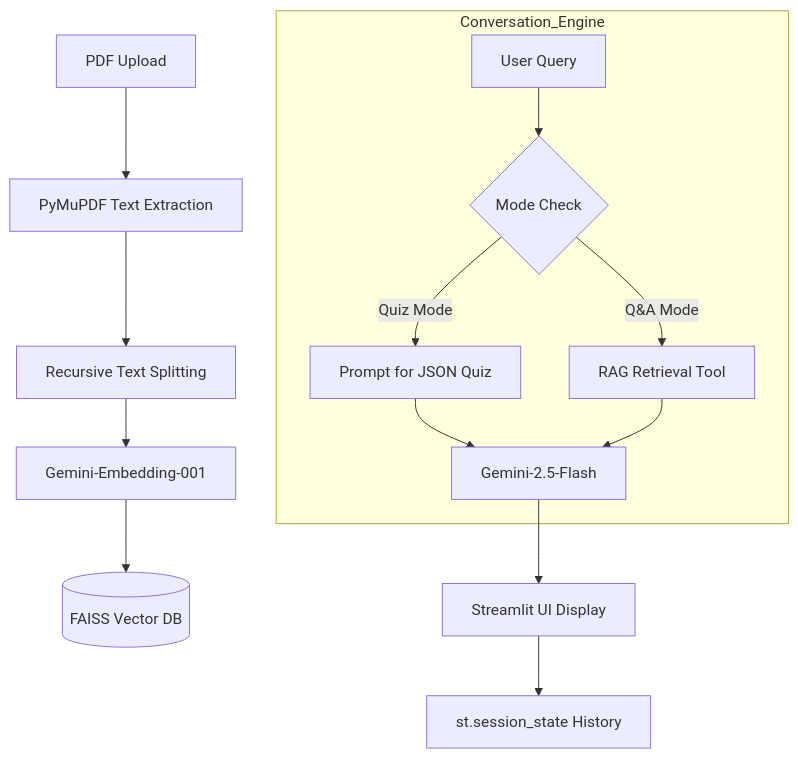
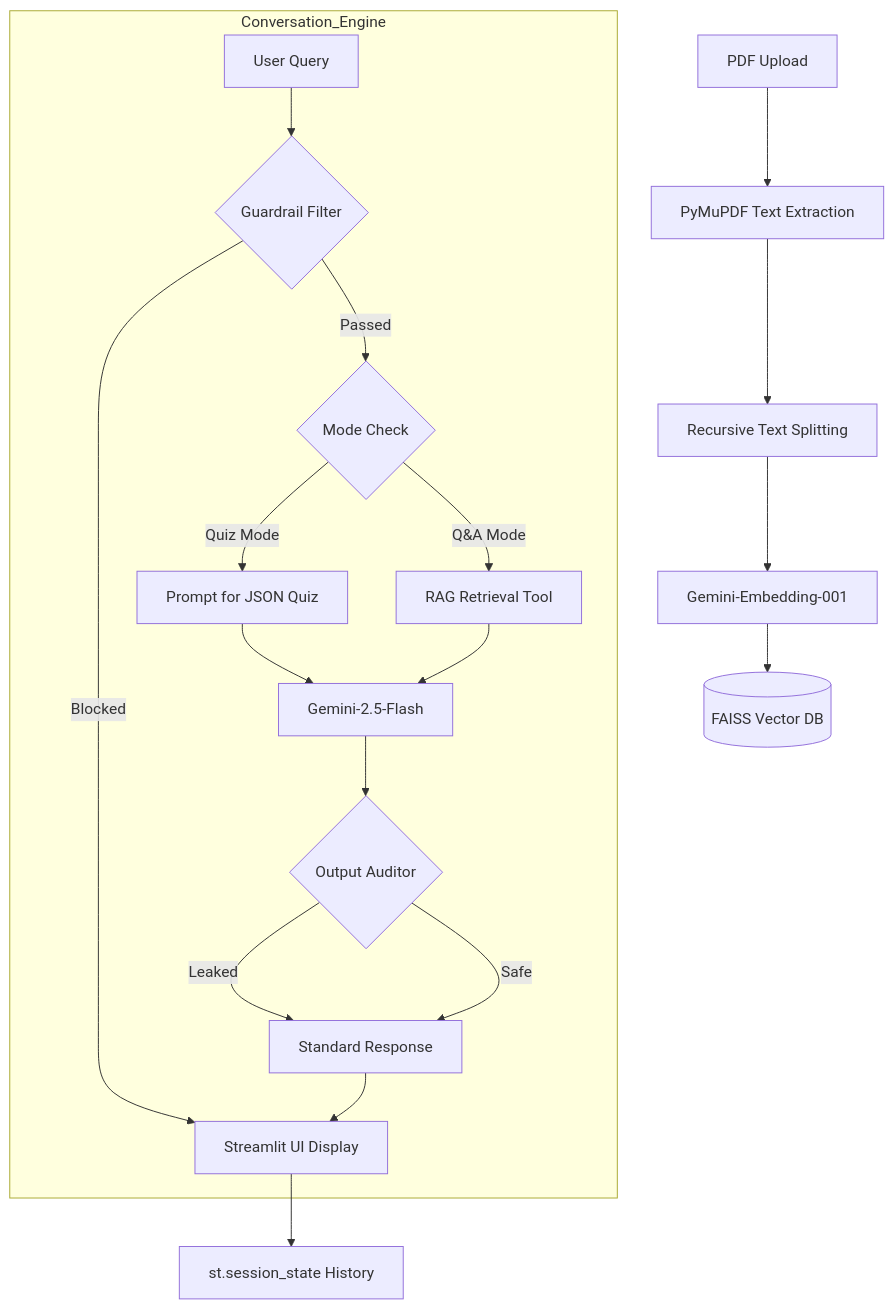
Before and after one commit to phoodul/langchain-quiz-chatbot: the diagram in README.md, drawn with Mermaid. The commit also changed other lines of this file and 6 other files, not shown here.

````diff
--- a/README.md
+++ b/README.md
@@ -40,18 +42,23 @@
 ```mermaid
 graph TD
     A[PDF Upload] --> B[PyMuPDF Text Extraction]
     B --> C[Recursive Text Splitting]
     C --> D[Gemini-Embedding-001]
     D --> E[(FAISS Vector DB)]
     
     subgraph Conversation_Engine
-        F[User Query] --> G{Mode Check}
-        G -- Quiz Mode --> H[Prompt for JSON Quiz]
-        G -- Q&A Mode --> I[RAG Retrieval Tool]
-        H --> J[Gemini-2.5-Flash]
-        I --> J
+        F[User Query] --> G{Guardrail Filter}
+        G -- Blocked --> K
+        G -- Passed --> H{Mode Check}
+        H -- Quiz Mode --> I[Prompt for JSON Quiz]
+        H -- Q&A Mode --> J[RAG Retrieval Tool]
+        I --> L[Gemini-2.5-Flash]
+        J --> L
+        L --> M{Output Auditor}
+        M -- Leaked --> N[Correct Response]
+        M -- Safe --> N[Standard Response]
     end
     
-    J --> K[Streamlit UI Display]
-    K --> L[st.session_state History]
+    N --> K[Streamlit UI Display]
+    K --> O[st.session_state History]
 ```
````
